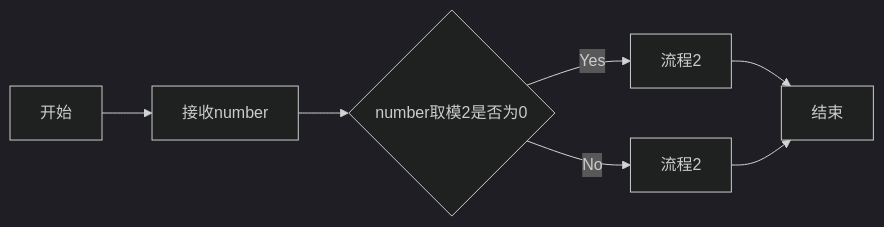
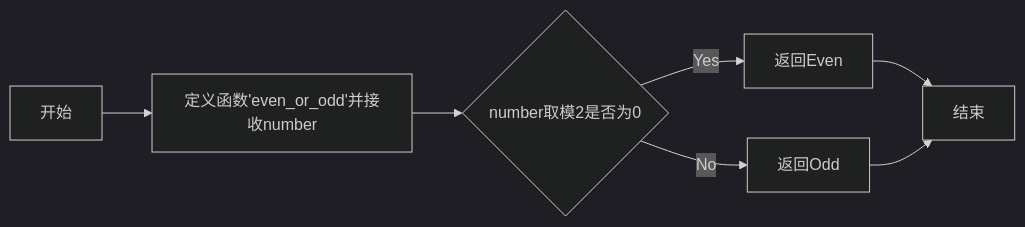
The third of 3 diagrams in experiment2.md (RonaWhite/python), drawn with Mermaid (dark theme) before and after one commit. The commit also changed other lines of this file, not shown here.

````diff
--- a/experiment2.md
+++ b/experiment2.md
@@ -519,9 +519,9 @@
 ```mermaid
 flowchart LR
-    A[开始] --> B[接收number]
+    A[开始] --> B[定义函数'even_or_odd'并接收number]
     B --> C{number取模2是否为0}
-    C --> |Yes| D[流程2]
+    C --> |Yes| D[返回Even]
     D --> E[结束]
-    C --> |No| F[流程2]
+    C --> |No| F[返回Odd]
     F --> E
 ```
````
